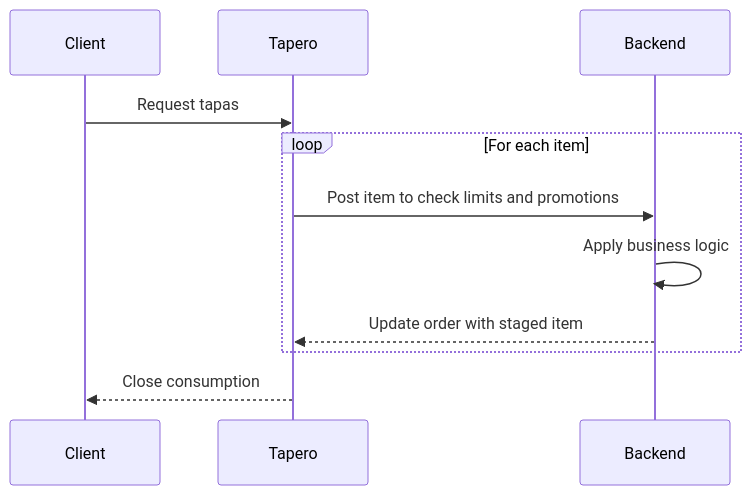
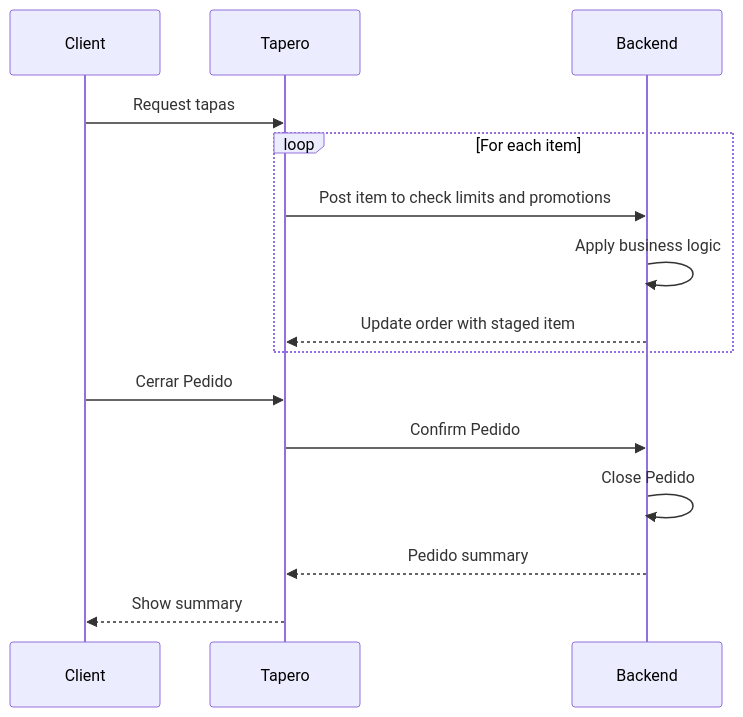
One commit to allanes/winebar-4 changed the diagram in docs/flujos/cliente/2_consumos.md. Above: the diagram before and after it, drawn with Mermaid. The commit also changed 4 other files, not shown here.

````diff
--- a/docs/flujos/cliente/2_consumos.md
+++ b/docs/flujos/cliente/2_consumos.md
@@ -1,14 +1,17 @@
 ```mermaid
 sequenceDiagram
     participant Client
     participant Tapero
     participant Backend
     Client->>Tapero: Request tapas
     loop For each item
         Tapero->>Backend: Post item to check limits and promotions
         Backend->>Backend: Apply business logic
         Backend-->>Tapero: Update order with staged item
     end
-    Tapero-->>Client: Close consumption
-
+    Client->>Tapero: Cerrar Pedido
+    Tapero->>Backend: Confirm Pedido
+    Backend->>Backend: Close Pedido
+    Backend-->>Tapero: Pedido summary
+    Tapero-->>Client: Show summary
 ```
````
